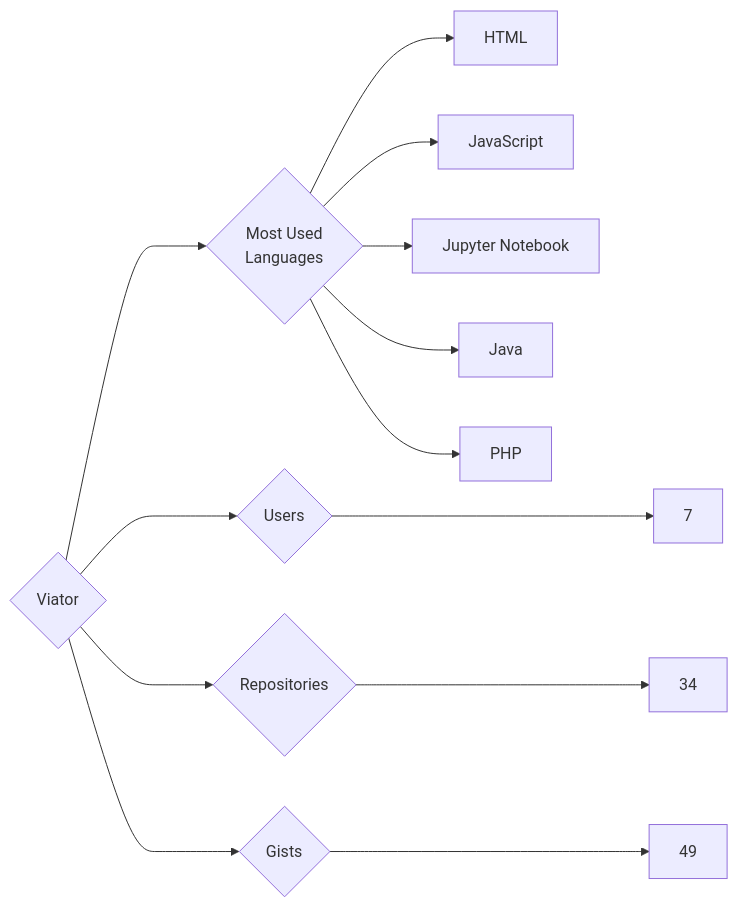
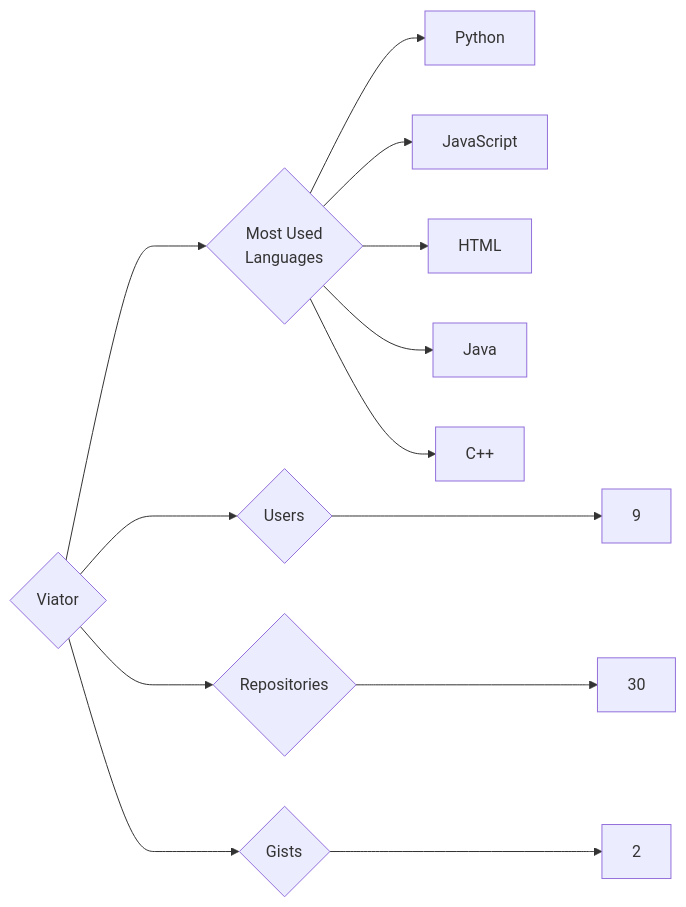
Before and after one commit to trickest/insiders: the diagram in targets/Viator/README.md, drawn with Mermaid. The commit also changed 965 other files, not shown here.

````diff
--- a/targets/Viator/README.md
+++ b/targets/Viator/README.md
@@ -3,13 +3,13 @@
 ```mermaid
 graph LR
 COMPANY_NAME{Viator}
-COMPANY_NAME ---> U{Users} ---> UN[7]
-COMPANY_NAME ---> R{Repositories} ---> RN[34]
-COMPANY_NAME ---> G{Gists} ---> GN[49]
+COMPANY_NAME ---> U{Users} ---> UN[9]
+COMPANY_NAME ---> R{Repositories} ---> RN[30]
+COMPANY_NAME ---> G{Gists} ---> GN[2]
 COMPANY_NAME ---> ML{Most Used<br>Languages}
+ML --> Python[Python]
+ML --> JavaScript[JavaScript]
 ML --> HTML[HTML]
-ML --> JavaScript[JavaScript]
-ML --> Jupyter_Notebook[Jupyter Notebook]
 ML --> Java[Java]
-ML --> PHP[PHP]
+ML --> C++[C++]
 ```
````
